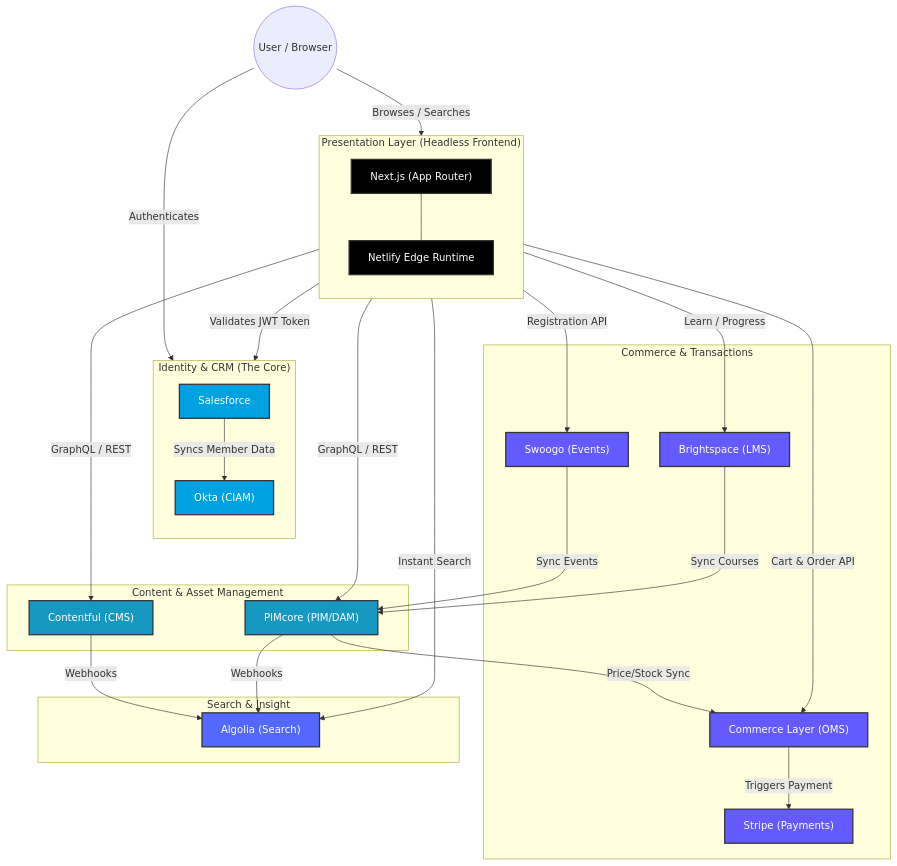
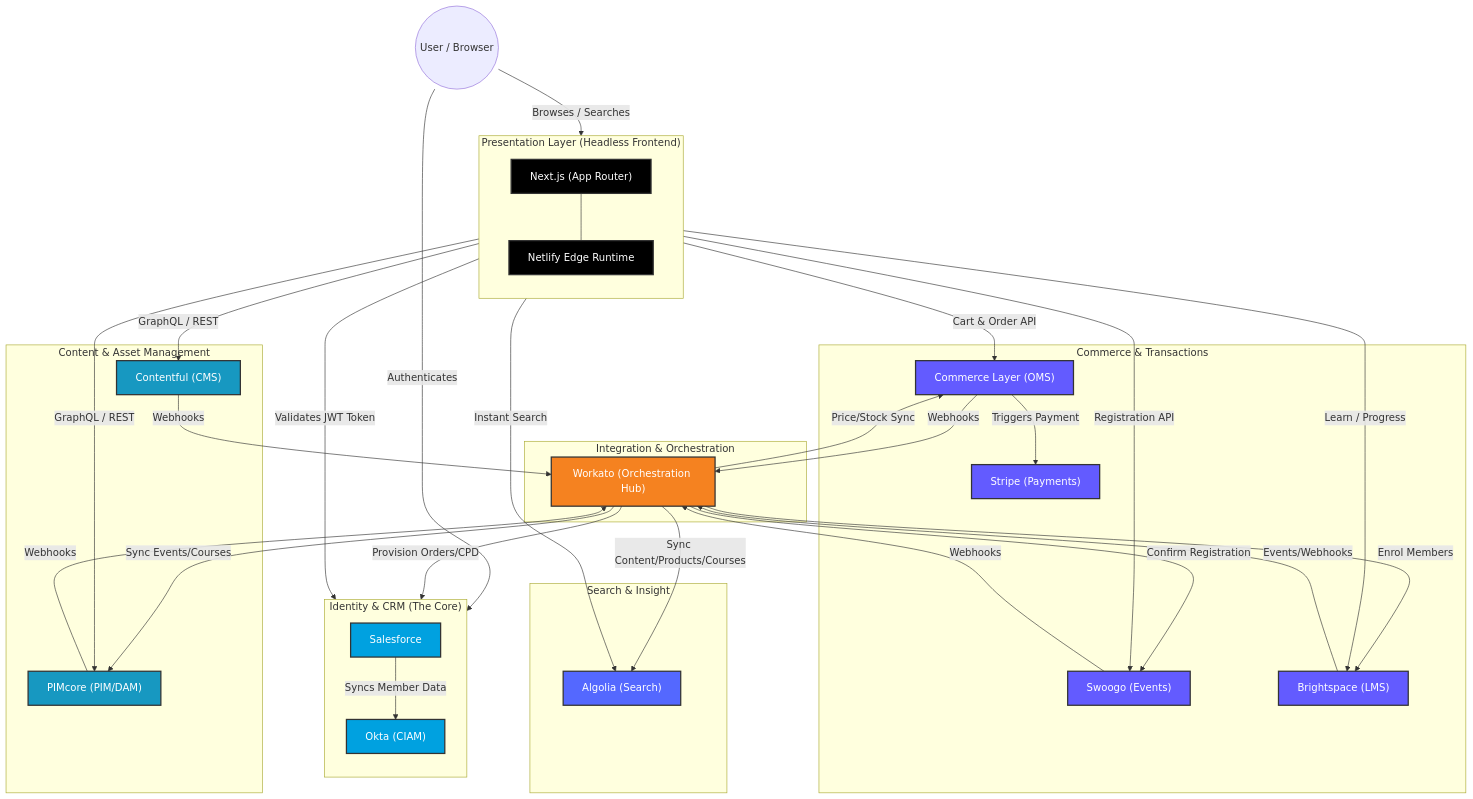
The first of 7 diagrams in BSAVA_MACH_ARCHITECTURE_DIAGRAM.md (timbowdeniona/bsava-com), drawn with Mermaid before and after one commit. The commit also changed other lines of this file, not shown here.

Commit message:
docs: Integrate Workato orchestrations into architecture diagram and user journeys

````diff
--- a/BSAVA_MACH_ARCHITECTURE_DIAGRAM.md
+++ b/BSAVA_MACH_ARCHITECTURE_DIAGRAM.md
@@ -10,68 +10,81 @@
 ```mermaid
 flowchart TB
     %% Nodes
     User((User / Browser))
     
     subgraph Presentation ["Presentation Layer (Headless Frontend)"]
         direction TB
         NextJS["Next.js (App Router)"]
         Edge["Netlify Edge Runtime"]
         NextJS --- Edge
     end
 
     subgraph Identity ["Identity & CRM (The Core)"]
         direction TB
         Salesforce["Salesforce"]
         CIAM["Okta (CIAM)"]
         Salesforce -->|Syncs Member Data| CIAM
     end
 
     subgraph Content ["Content & Asset Management"]
         Contentful["Contentful (CMS)"]
         PIMcore["PIMcore (PIM/DAM)"]
     end
 
     subgraph Commerce ["Commerce & Transactions"]
         CommerceLayer["Commerce Layer (OMS)"]
         Stripe["Stripe (Payments)"]
         Swoogo["Swoogo (Events)"]
         Brightspace["Brightspace (LMS)"]
     end
 
     subgraph Discovery ["Search & Insight"]
         Algolia["Algolia (Search)"]
     end
 
+    subgraph Integration ["Integration & Orchestration"]
+        Workato["Workato (Orchestration Hub)"]
+    end
+
     %% Interactions
     User -- "Browses / Searches" --> NextJS
     User -- "Authenticates" --> CIAM
     
     NextJS -- "Cart & Order API" --> CommerceLayer
     NextJS -- "GraphQL / REST" --> Contentful
     NextJS -- "GraphQL / REST" --> PIMcore
     NextJS -- "Validates JWT Token" --> CIAM
     NextJS -- "Instant Search" --> Algolia
     NextJS -- "Registration API" --> Swoogo
     CommerceLayer -- "Triggers Payment" --> Stripe
     NextJS -- "Learn / Progress" --> Brightspace
 
-    %% Sync Flows
-    Contentful -- "Webhooks" --> Algolia
-    PIMcore -- "Webhooks" --> Algolia
-    PIMcore -- "Price/Stock Sync" --> CommerceLayer
-    Swoogo -- "Sync Events" --> PIMcore
-    Brightspace -- "Sync Courses" --> PIMcore
+    %% Sync Flows (via Workato)
+    Contentful -- "Webhooks" --> Workato
+    PIMcore -- "Webhooks" --> Workato
+    Swoogo -- "Webhooks" --> Workato
+    CommerceLayer -- "Webhooks" --> Workato
+    Brightspace -- "Events/Webhooks" --> Workato
+
+    Workato -- "Sync Content/Products/Courses" --> Algolia
+    Workato -- "Sync Events/Courses" --> PIMcore
+    Workato -- "Provision Orders/CPD" --> Salesforce
+    Workato -- "Confirm Registration" --> Swoogo
+    Workato -- "Enrol Members" --> Brightspace
+    Workato -- "Price/Stock Sync" --> CommerceLayer
 
     %% Styling
     classDef presentation fill:#000,stroke:#333,stroke-width:2px,color:#fff
     classDef identity fill:#00A1E0,stroke:#333,stroke-width:2px,color:#fff
     classDef content fill:#1798c1,stroke:#333,stroke-width:2px,color:#fff
     classDef commerce fill:#635BFF,stroke:#333,stroke-width:2px,color:#fff
     classDef search fill:#5468FF,stroke:#333,stroke-width:2px,color:#fff
+    classDef integration fill:#F58220,stroke:#333,stroke-width:2px,color:#fff
     
     class NextJS,Edge presentation
     class Salesforce,CIAM identity
     class Contentful,PIMcore content
     class CommerceLayer,Stripe,Swoogo,Brightspace commerce
     class Algolia search
+    class Workato integration
 ```
````
